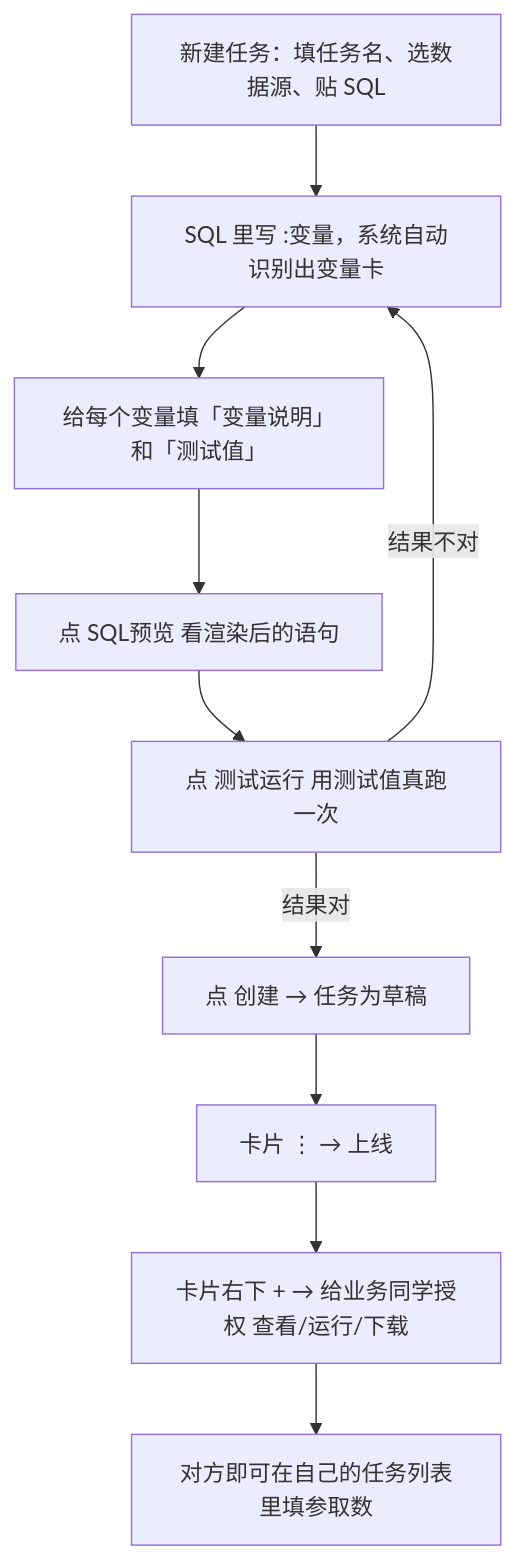
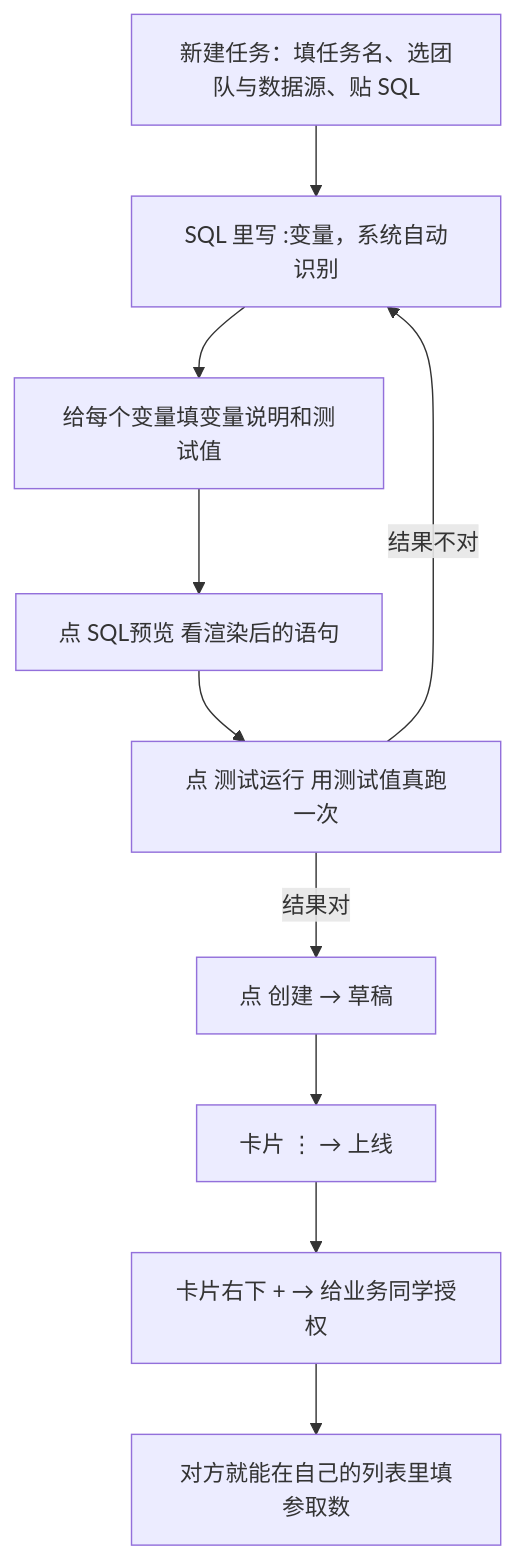
Before and after one commit to guowei-xie/rubick: the diagram in docs/user-manual.md, drawn with Mermaid. The commit also changed other lines of this file, not shown here.

````diff
--- a/docs/user-manual.md
+++ b/docs/user-manual.md
@@ -60,12 +162,12 @@
 ```mermaid
 flowchart TD
-    A[新建任务：填任务名、选数据源、贴 SQL] --> B[SQL 里写 :变量，系统自动识别出变量卡]
-    B --> C[给每个变量填「变量说明」和「测试值」]
+    A[新建任务：填任务名、选团队与数据源、贴 SQL] --> B[SQL 里写 :变量，系统自动识别]
+    B --> C[给每个变量填变量说明和测试值]
     C --> D[点 SQL预览 看渲染后的语句]
     D --> E[点 测试运行 用测试值真跑一次]
     E -->|结果不对| B
-    E -->|结果对| F[点 创建 → 任务为草稿]
+    E -->|结果对| F[点 创建 → 草稿]
     F --> G[卡片 ⋮ → 上线]
-    G --> H[卡片右下 + → 给业务同学授权 查看/运行/下载]
-    H --> I[对方即可在自己的任务列表里填参取数]
+    G --> H[卡片右下 + → 给业务同学授权]
+    H --> I[对方就能在自己的列表里填参取数]
 ```
````
